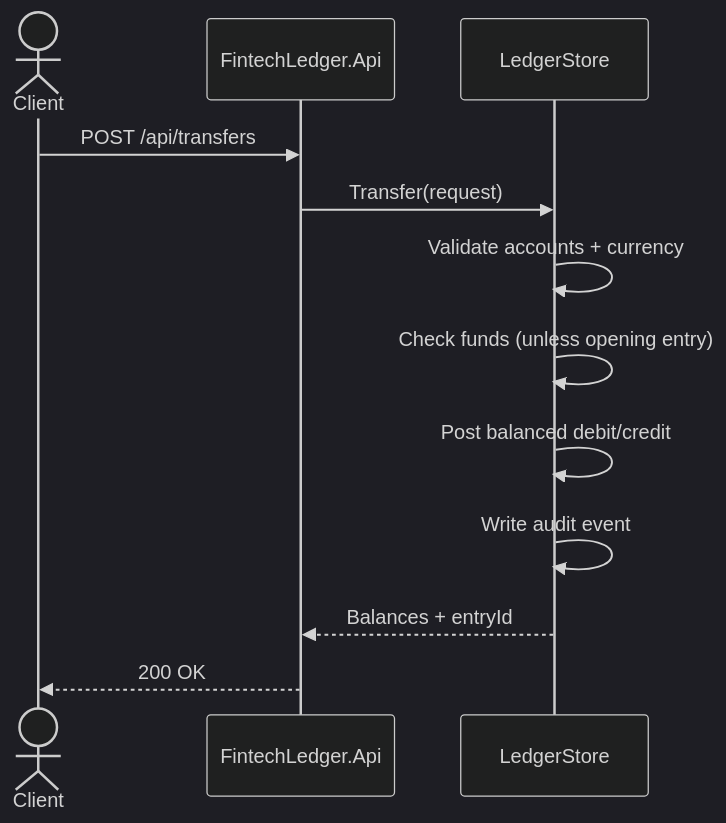
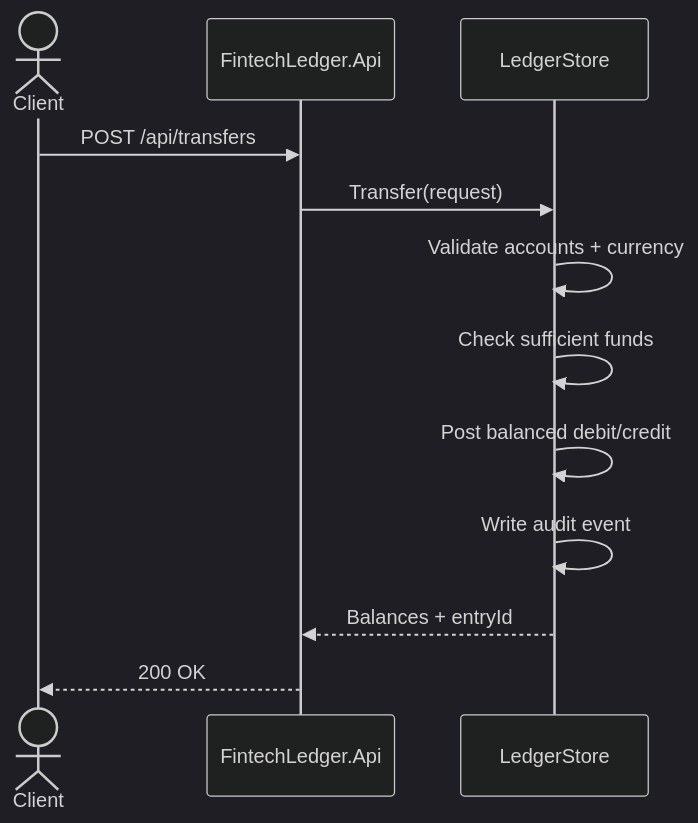
Before and after one commit to Dedmoo/FintechLedgerApi: the second of 2 diagrams in README.md, drawn with Mermaid (dark theme). The commit also changed 1 other file, not shown here.

Commit message:
fix: namespace fund/transfer idempotency keys

````diff
--- a/README.md
+++ b/README.md
@@ -21,14 +21,14 @@
 ```mermaid
 sequenceDiagram
     actor Client
     participant API as FintechLedger.Api
     participant Store as LedgerStore
     Client->>API: POST /api/transfers
     API->>Store: Transfer(request)
     Store->>Store: Validate accounts + currency
-    Store->>Store: Check funds (unless opening entry)
+    Store->>Store: Check sufficient funds
     Store->>Store: Post balanced debit/credit
     Store->>Store: Write audit event
     Store-->>API: Balances + entryId
     API-->>Client: 200 OK
 ```
````
